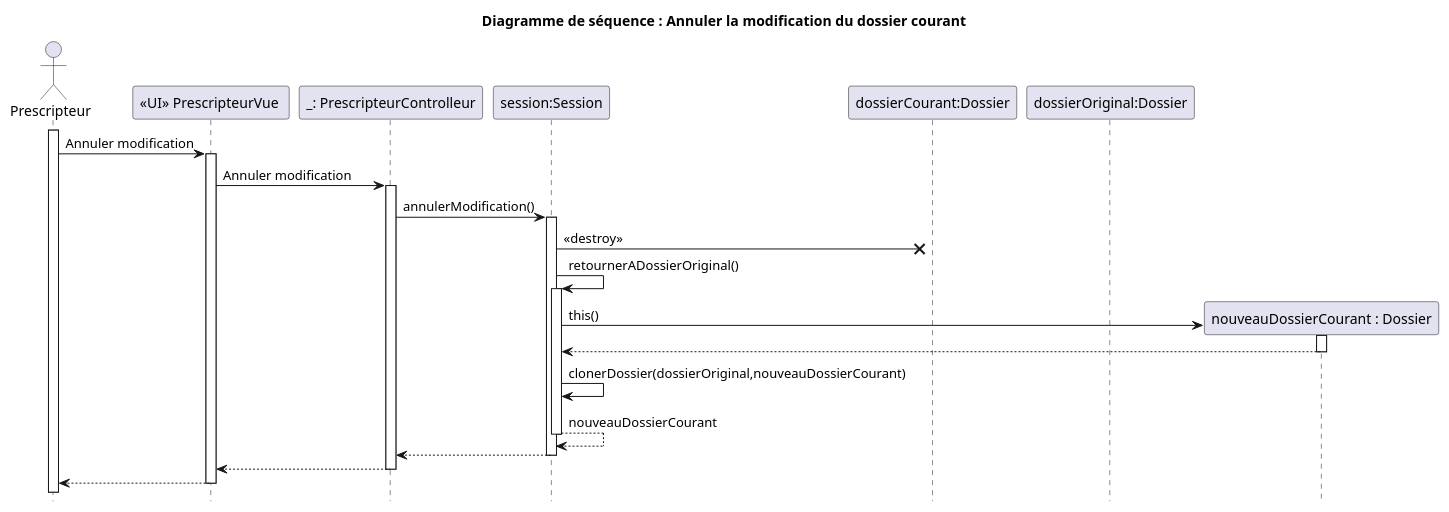
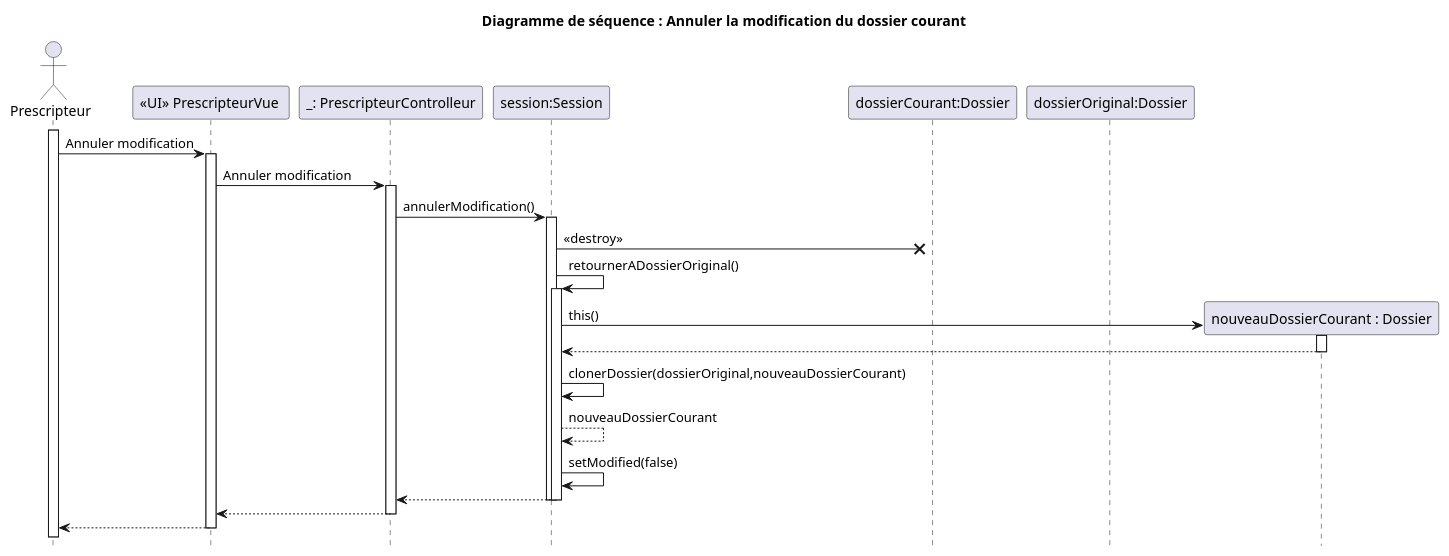
Before and after one commit to fethiuqam/INF5153-Projet-Session: the diagram in models/Diagramme_Sequences/Annuler_modification/sequence_diagram_annuler_modification.puml, drawn with PlantUML. The commit also changed 3 other files, not shown here.

```diff
--- a/models/Diagramme_Sequences/Annuler_modification/sequence_diagram_annuler_modification.puml
+++ b/models/Diagramme_Sequences/Annuler_modification/sequence_diagram_annuler_modification.puml
@@ -1,42 +1,45 @@
 @startuml
 
 title Diagramme de séquence : Annuler la modification du dossier courant
 hide footbox
 
 actor "Prescripteur" as doc
 
 participant "<<UI>> PrescripteurVue " as pv
 participant "_: PrescripteurControlleur" as pc
 participant "session:Session" as ses
 participant "dossierCourant:Dossier" as dc
 participant "dossierOriginal:Dossier" as do
 
 activate doc
 doc -> pv : Annuler modification
 activate pv
 pv -> pc : Annuler modification
 activate pc
 pc -> ses : annulerModification()
 activate ses
 ses ->x dc : <<destroy>>
 ses -> ses : retournerADossierOriginal()
 activate ses
     create participant "nouveauDossierCourant : Dossier" as ndc 
     ses->ndc : this()
     activate ndc
     ndc --> ses
     deactivate ndc
     ses ->ses : clonerDossier(dossierOriginal,nouveauDossierCourant)
     ses --> ses : nouveauDossierCourant
+
+    ses -> ses : setModified(false)
+    ses --> pc
 deactivate ses
-ses --> pc
+
 deactivate
 pc --> pv
 deactivate pc
 pv --> doc 
 deactivate pv
 
 
 
 
 @enduml
```
